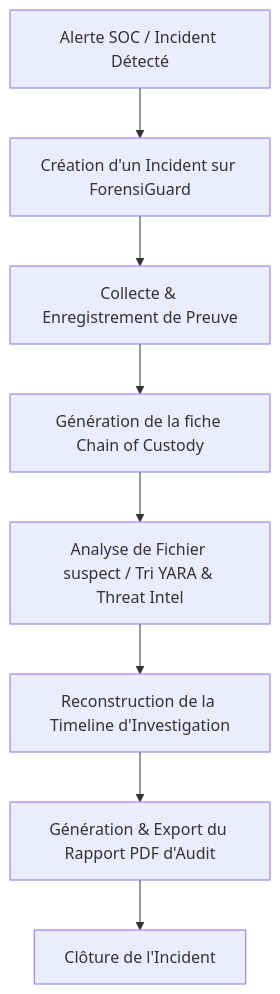
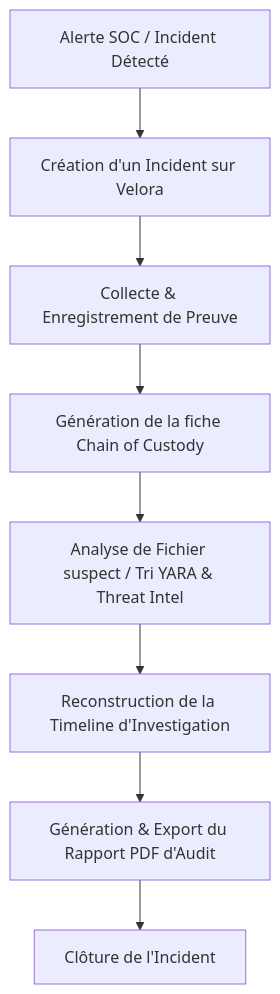
Before and after one commit to Airkid29/DIFR-Project: the diagram in docs/product_design.md, drawn with Mermaid. The commit also changed other lines of this file and 33 other files, not shown here.

````diff
--- a/docs/product_design.md
+++ b/docs/product_design.md
@@ -37,10 +37,10 @@
 ```mermaid
 graph TD
-    A[Alerte SOC / Incident Détecté] --> B[Création d'un Incident sur ForensiGuard]
+    A[Alerte SOC / Incident Détecté] --> B[Création d'un Incident sur Velora]
     B --> C[Collecte & Enregistrement de Preuve]
     C --> D[Génération de la fiche Chain of Custody]
     D --> E[Analyse de Fichier suspect / Tri YARA & Threat Intel]
     E --> F[Reconstruction de la Timeline d'Investigation]
     F --> G[Génération & Export du Rapport PDF d'Audit]
     G --> H[Clôture de l'Incident]
 ```
````
